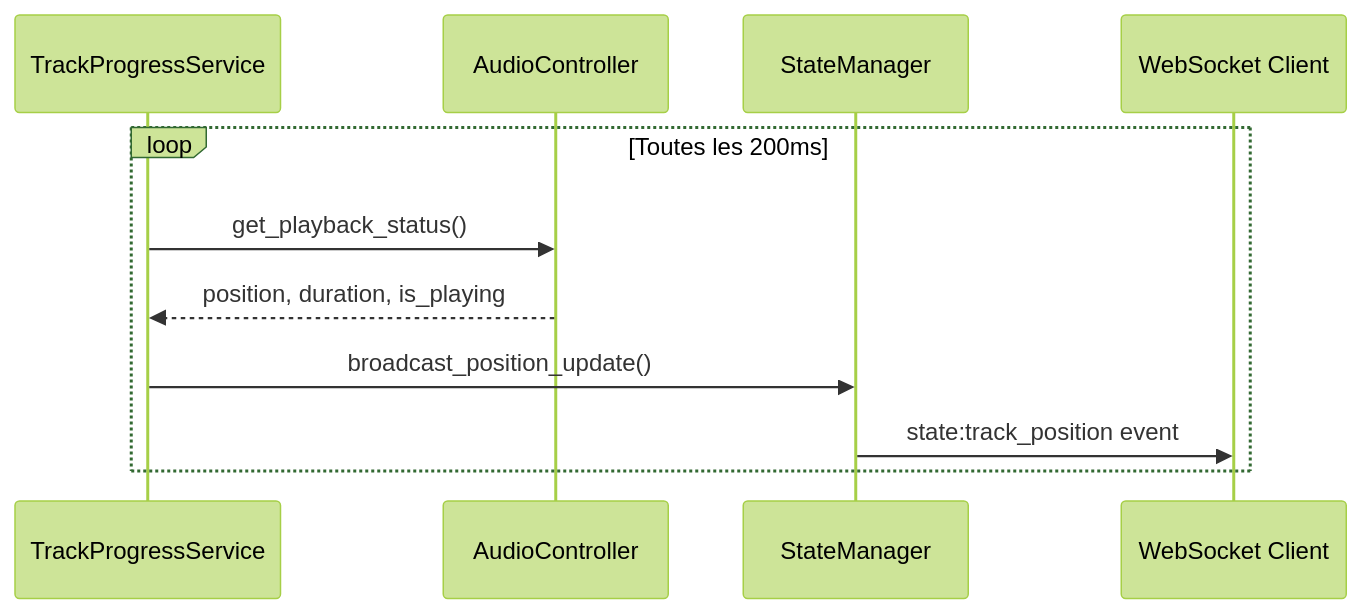
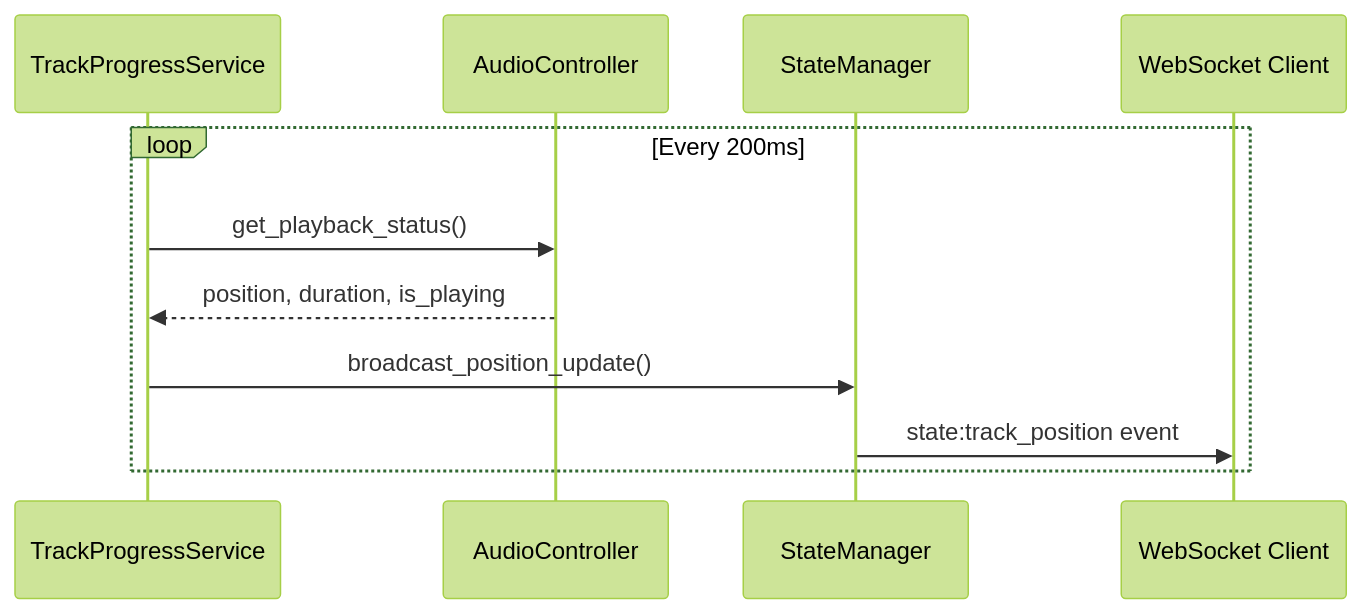
Before and after one commit to The-Open-Music-Box/raspberrypi-firmware: the third of 5 diagrams in docs/guides/backend-services-architecture.md, drawn with Mermaid (forest theme). The commit also changed other lines of this file and 29 other files, not shown here.

````diff
--- a/docs/guides/backend-services-architecture.md
+++ b/docs/guides/backend-services-architecture.md
@@ -159,14 +167,14 @@
 ```mermaid
 sequenceDiagram
     participant TPS as TrackProgressService
     participant AC as AudioController
     participant SM as StateManager
     participant Client as WebSocket Client
 
-    loop Toutes les 200ms
+    loop Every 200ms
         TPS->>AC: get_playback_status()
         AC-->>TPS: position, duration, is_playing
         TPS->>SM: broadcast_position_update()
         SM->>Client: state:track_position event
     end
 ```
````
